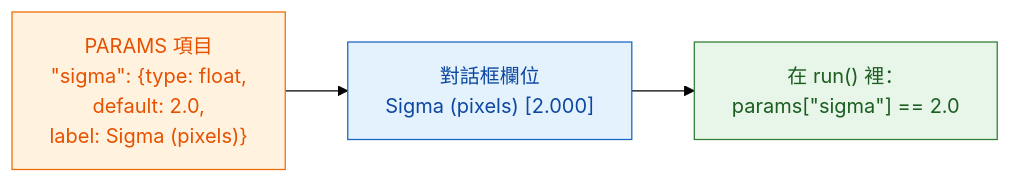
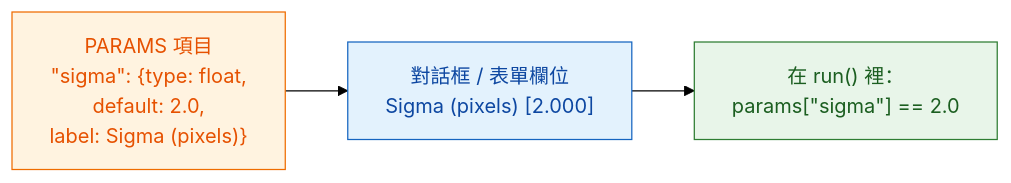
The diagram in guide/write/params.zh-Hant.md (Oxford-Zeiss-Centre-of-Excellence/Wavu), drawn with Mermaid (forest theme) before and after one commit. The commit also changed other lines of this file and 70 other files, not shown here.

````diff
--- a/guide/write/params.zh-Hant.md
+++ b/guide/write/params.zh-Hant.md
@@ -10,11 +11,11 @@
 ```mermaid
 flowchart LR
     P["PARAMS 項目<br/>&quot;sigma&quot;: {type: float,<br/>default: 2.0,<br/>label: Sigma (pixels)}"]:::script
-    D["對話框欄位<br/>Sigma (pixels) [2.000]"]:::fiji
+    D["對話框 / 表單欄位<br/>Sigma (pixels) [2.000]"]:::fiji
     R["在 run() 裡：<br/>params[&quot;sigma&quot;] == 2.0"]:::worker
     P --> D --> R
 
     classDef fiji   fill:#e3f2fd,stroke:#1565c0,color:#0d47a1
     classDef worker fill:#e8f5e9,stroke:#2e7d32,color:#1b5e20
     classDef script fill:#fff3e0,stroke:#ef6c00,color:#e65100
 ```
````
